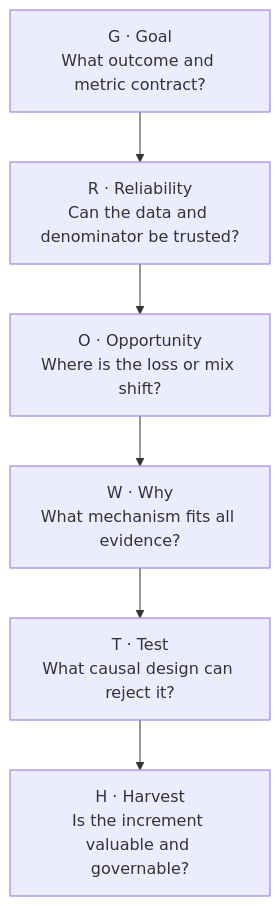
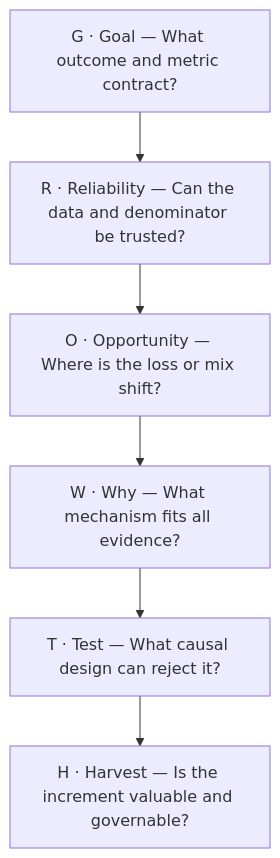
The first of 2 diagrams in README.md (liu-XI71/growthlab-user-growth-analytics), drawn with Mermaid before and after one commit. The commit also changed 1 other file, not shown here.

Commit message:
Fix GROWTH node label readability

````diff
--- a/README.md
+++ b/README.md
@@ -30,8 +30,8 @@
 ```mermaid
 flowchart TB
-    G["G · Goal<br/>What outcome and metric contract?"] --> R["R · Reliability<br/>Can the data and denominator be trusted?"]
-    R --> O["O · Opportunity<br/>Where is the loss or mix shift?"]
-    O --> W["W · Why<br/>What mechanism fits all evidence?"]
-    W --> T["T · Test<br/>What causal design can reject it?"]
-    T --> H["H · Harvest<br/>Is the increment valuable and governable?"]
+    G["G · Goal — What outcome and metric contract?"] --> R["R · Reliability — Can the data and denominator be trusted?"]
+    R --> O["O · Opportunity — Where is the loss or mix shift?"]
+    O --> W["W · Why — What mechanism fits all evidence?"]
+    W --> T["T · Test — What causal design can reject it?"]
+    T --> H["H · Harvest — Is the increment valuable and governable?"]
 ```
````
